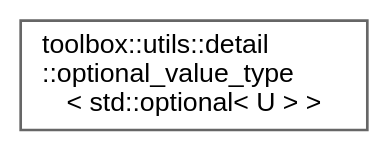
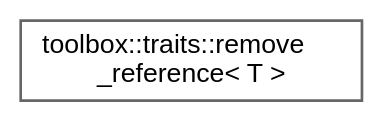
Before and after one commit to nerdneilsfield/cpp-toolbox: the diagram in inherit_graph_82.dot, drawn with Graphviz. The commit also changed 588 other files, not shown here.

```diff
--- a/inherit_graph_82.dot
+++ b/inherit_graph_82.dot
@@ -1,9 +1,9 @@
 digraph "Graphical Class Hierarchy"
 {
  // LATEX_PDF_SIZE
   bgcolor="transparent";
   edge [fontname=Helvetica,fontsize=10,labelfontname=Helvetica,labelfontsize=10];
   node [fontname=Helvetica,fontsize=10,shape=box,height=0.2,width=0.4];
   rankdir="LR";
-  Node0 [id="Node000000",label="toolbox::utils::detail\l::optional_value_type\l\< std::optional\< U \> \>",height=0.2,width=0.4,color="grey40", fillcolor="white", style="filled",URL="$structtoolbox_1_1utils_1_1detail_1_1optional__value__type_3_01std_1_1optional_3_01_u_01_4_01_4.html",tooltip=" "];
+  Node0 [id="Node000000",label="toolbox::traits::remove\l_reference\< T \>",height=0.2,width=0.4,color="grey40", fillcolor="white", style="filled",URL="$structtoolbox_1_1traits_1_1remove__reference.html",tooltip="移除类型的引用/Remove reference from type"];
 }
```
